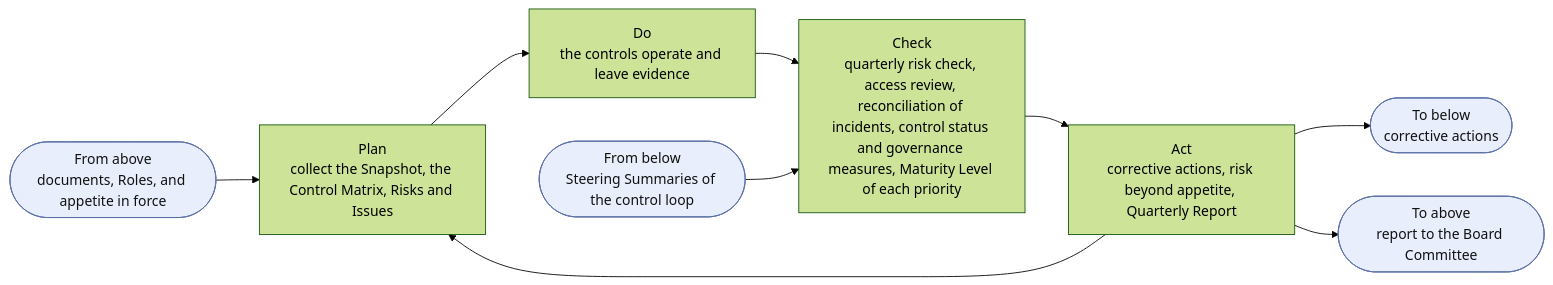
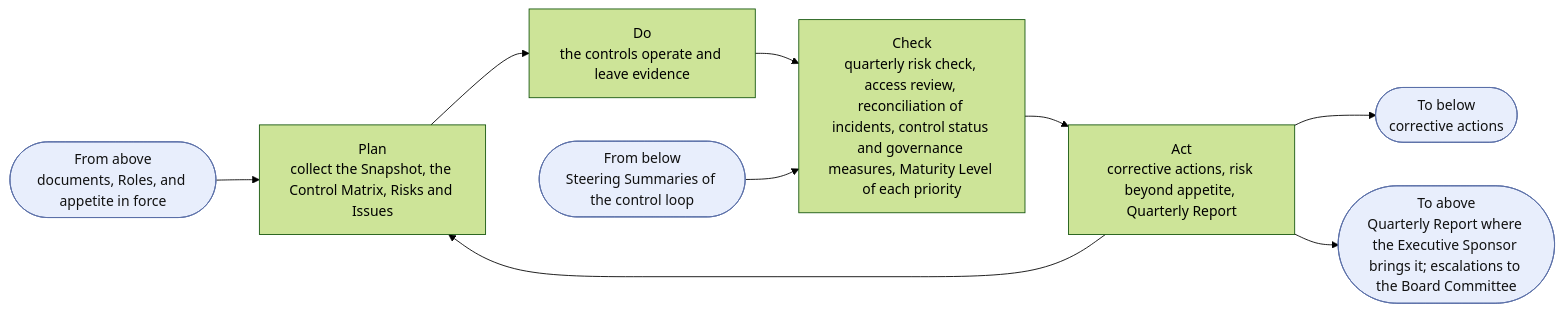
One commit to devhogu/ob-aicc changed the third of 8 diagrams in charter/en/documents/operating-model.md. Above: the diagram before and after it, drawn with Mermaid (forest theme). The commit also changed other lines of this file and 13 other files, not shown here.

First line of the commit message:
Board reporting: Charter, Statement, Operating Model, Vocabulary, Catalog

````diff
--- a/charter/en/documents/operating-model.md
+++ b/charter/en/documents/operating-model.md
@@ -185,9 +185,9 @@
 ```mermaid
 flowchart LR
   IN(["From above<br/>documents, Roles, and appetite in force"]):::iface --> P
   P["Plan<br/>collect the Snapshot, the Control Matrix, Risks and Issues"] --> D["Do<br/>the controls operate and leave evidence"] --> C["Check<br/>quarterly risk check, access review, reconciliation of incidents, control status and governance measures, Maturity Level of each priority"] --> A["Act<br/>corrective actions, risk beyond appetite, Quarterly Report"] --> P
   EV(["From below<br/>Steering Summaries of the control loop"]):::iface --> C
   A --> OUT(["To below<br/>corrective actions"]):::iface
-  A --> UP(["To above<br/>report to the Board Committee"]):::iface
+  A --> UP(["To above<br/>Quarterly Report where the Executive Sponsor brings it; escalations to the Board Committee"]):::iface
   classDef iface fill:#e8eefc,stroke:#5a6fa8,color:#111
 ```
````
